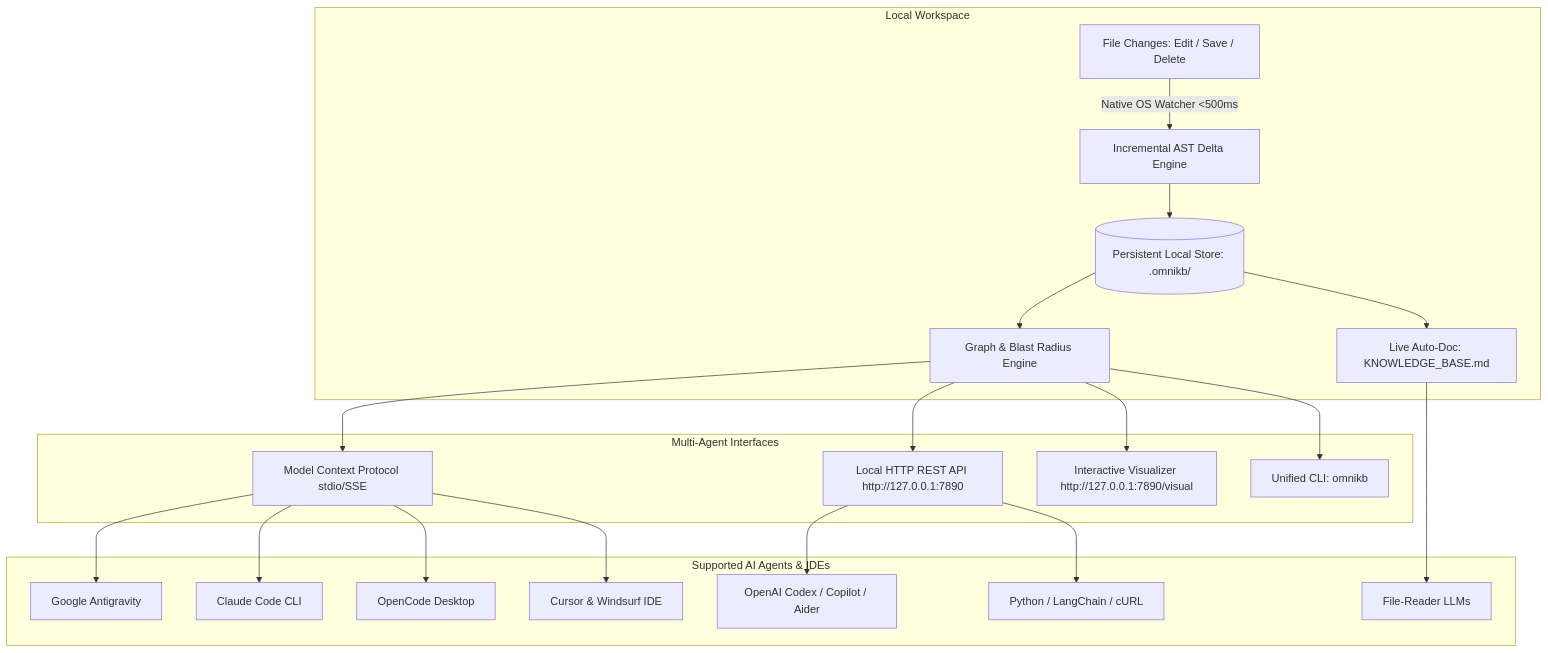
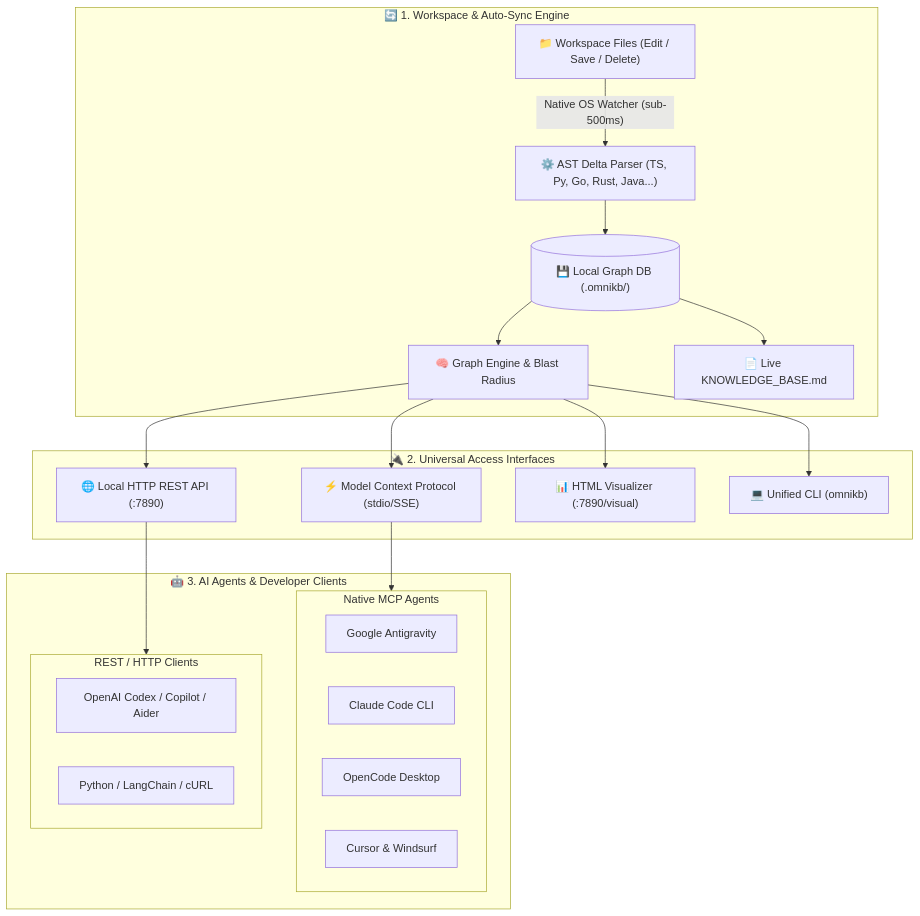
The diagram in README.md (ashhstr/omnikb), drawn with Mermaid before and after one commit. The commit also changed other lines of this file and 38 other files, not shown here.

````diff
--- a/README.md
+++ b/README.md
@@ -37,26 +37,38 @@
 ```mermaid
-graph TD
-    subgraph Local Workspace
-        A[File Changes: Edit / Save / Delete] -->|Native OS Watcher <500ms| B[Incremental AST Delta Engine]
-        B --> C[(Persistent Local Store: .omnikb/)]
-        C --> D[Graph & Blast Radius Engine]
-        C --> E[Live Auto-Doc: KNOWLEDGE_BASE.md]
+flowchart TD
+    subgraph Core ["🔄 1. Workspace & Auto-Sync Engine"]
+        A["📁 Workspace Files (Edit / Save / Delete)"]
+        A -->|"Native OS Watcher (sub-500ms)"| B["⚙️ AST Delta Parser (TS, Py, Go, Rust, Java...)"]
+        B --> C[("💾 Local Graph DB (.omnikb/)")]
+        C --> D["🧠 Graph Engine & Blast Radius"]
+        C --> E["📄 Live KNOWLEDGE_BASE.md"]
     end
 
-    subgraph Multi-Agent Interfaces
-        D --> F1[Model Context Protocol stdio/SSE]
-        D --> F2[Local HTTP REST API http://127.0.0.1:7890]
-        D --> F3[Interactive Visualizer http://127.0.0.1:7890/visual]
-        D --> F4[Unified CLI: omnikb]
+    subgraph Interfaces ["🔌 2. Universal Access Interfaces"]
+        F1["⚡ Model Context Protocol (stdio/SSE)"]
+        F2["🌐 Local HTTP REST API (:7890)"]
+        F3["📊 HTML Visualizer (:7890/visual)"]
+        F4["💻 Unified CLI (omnikb)"]
     end
 
-    subgraph Supported AI Agents & IDEs
-        F1 --> G1[Google Antigravity]
-        F1 --> G2[Claude Code CLI]
-        F1 --> G3[OpenCode Desktop]
-        F1 --> G4[Cursor & Windsurf IDE]
-        F2 --> G5[OpenAI Codex / Copilot / Aider]
-        F2 --> G6[Python / LangChain / cURL]
-        E --> G7[File-Reader LLMs]
+    subgraph Consumers ["🤖 3. AI Agents & Developer Clients"]
+        subgraph IDEs ["Native MCP Agents"]
+            G1["Google Antigravity"]
+            G2["Claude Code CLI"]
+            G3["OpenCode Desktop"]
+            G4["Cursor & Windsurf"]
+        end
+        subgraph External ["REST / HTTP Clients"]
+            G5["OpenAI Codex / Copilot / Aider"]
+            G6["Python / LangChain / cURL"]
+        end
     end
+
+    D --> F1
+    D --> F2
+    D --> F3
+    D --> F4
+
+    F1 --> IDEs
+    F2 --> External
 ```
````
